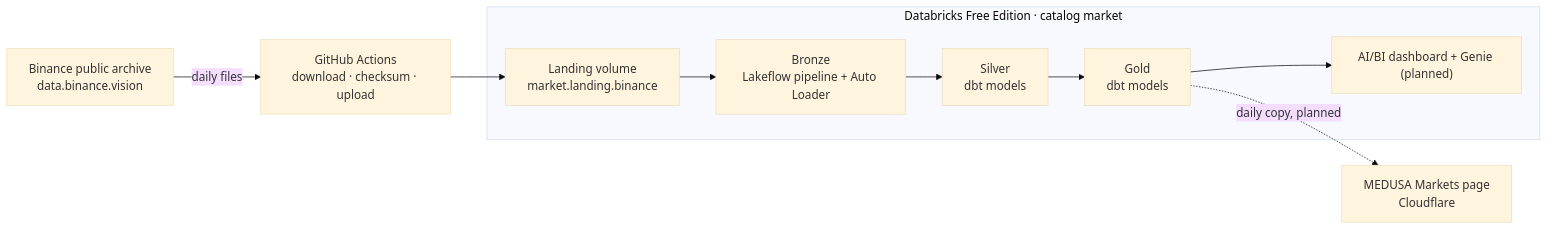
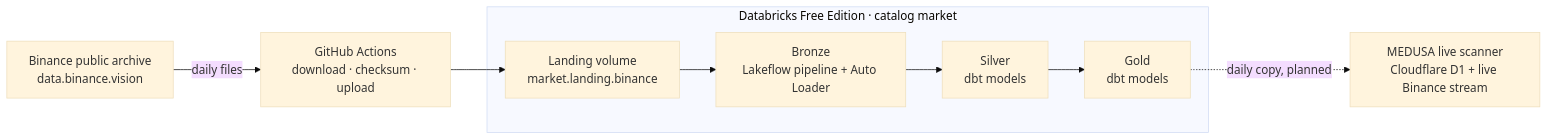
One commit to shivam65-sketch/medusa changed the diagram in lakehouse/README.md. Above: the diagram before and after it, drawn with Mermaid (base theme). The commit also changed other lines of this file and 11 other files, not shown here.

Commit message:
Docs: step 18 (active coins), ADR-018, updated diagrams; live scanner replaces the dashboard plan

````diff
--- a/lakehouse/README.md
+++ b/lakehouse/README.md
@@ -12,12 +13,11 @@
 ```mermaid
 flowchart LR
   A["Binance public archive<br>data.binance.vision"] -->|daily files| B["GitHub Actions<br>download · checksum · upload"]
   B --> C["Landing volume<br>market.landing.binance"]
   subgraph D["Databricks Free Edition · catalog market"]
     C --> E["Bronze<br>Lakeflow pipeline + Auto Loader"]
     E --> F["Silver<br>dbt models"]
     F --> G["Gold<br>dbt models"]
-    G --> H["AI/BI dashboard + Genie (planned)"]
   end
-  G -.->|daily copy, planned| I["MEDUSA Markets page<br>Cloudflare"]
+  G -.->|daily copy, planned| I["MEDUSA live scanner<br>Cloudflare D1 + live Binance stream"]
 ```
````
